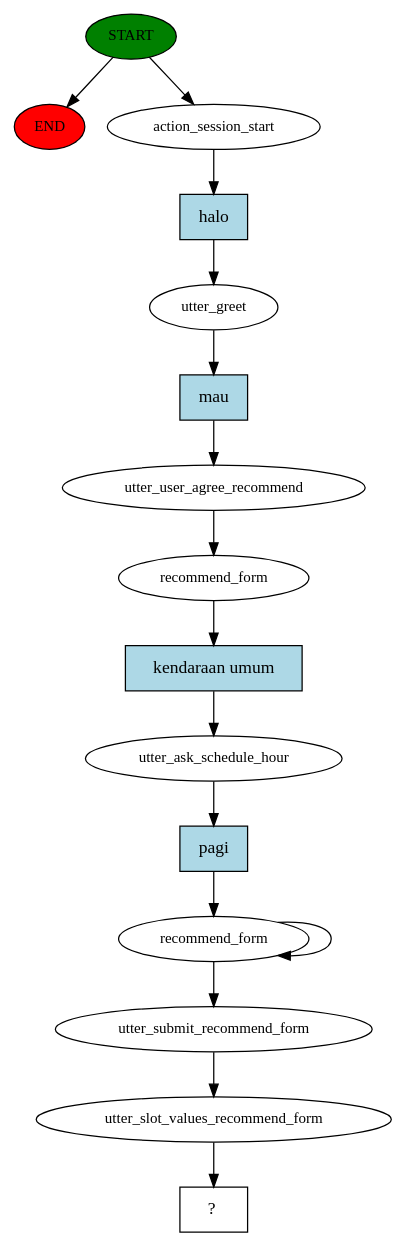
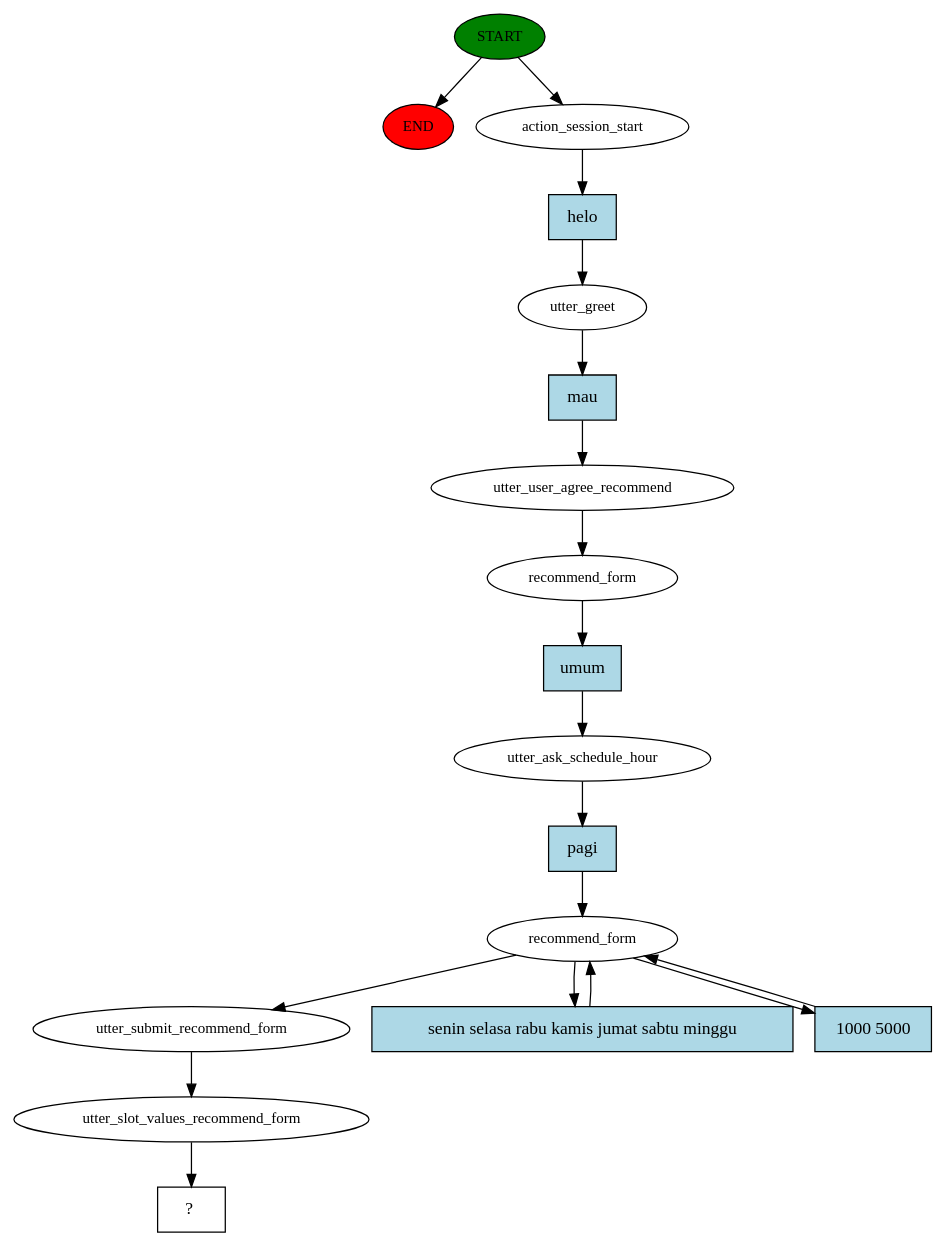
One commit to reykim7124/chatbot_recsys_museum changed the diagram in story_graph.dot. Above: the diagram before and after it, drawn with Graphviz. The commit also changed 15 other files, not shown here.

```diff
--- a/story_graph.dot
+++ b/story_graph.dot
@@ -1,32 +1,37 @@
 digraph  {
 0 [class="start active", fillcolor=green, fontsize=12, label=START, style=filled];
 "-1" [class=end, fillcolor=red, fontsize=12, label=END, style=filled];
 1 [class=active, fontsize=12, label=action_session_start];
 2 [class=active, fontsize=12, label=utter_greet];
 3 [class=active, fontsize=12, label=utter_user_agree_recommend];
 4 [class=active, fontsize=12, label=recommend_form];
 5 [class=active, fontsize=12, label=utter_ask_schedule_hour];
 6 [class=active, fontsize=12, label=recommend_form];
-8 [class=active, fontsize=12, label=utter_submit_recommend_form];
-9 [class=active, fontsize=12, label=utter_slot_values_recommend_form];
-10 [class="intent dashed active", label="  ?  ", shape=rect];
-11 [class="intent active", fillcolor=lightblue, label=halo, shape=rect, style=filled];
-12 [class="intent active", fillcolor=lightblue, label=mau, shape=rect, style=filled];
-13 [class="intent active", fillcolor=lightblue, label="kendaraan umum", shape=rect, style=filled];
-14 [class="intent active", fillcolor=lightblue, label=pagi, shape=rect, style=filled];
+9 [class=active, fontsize=12, label=utter_submit_recommend_form];
+10 [class=active, fontsize=12, label=utter_slot_values_recommend_form];
+11 [class="intent dashed active", label="  ?  ", shape=rect];
+12 [class="intent active", fillcolor=lightblue, label=helo, shape=rect, style=filled];
+13 [class="intent active", fillcolor=lightblue, label=mau, shape=rect, style=filled];
+14 [class="intent active", fillcolor=lightblue, label=umum, shape=rect, style=filled];
+15 [class="intent active", fillcolor=lightblue, label=pagi, shape=rect, style=filled];
+16 [class="intent active", fillcolor=lightblue, label="senin selasa rabu kamis jumat sabtu minggu", shape=rect, style=filled];
+17 [class="intent active", fillcolor=lightblue, label="1000 5000", shape=rect, style=filled];
 0 -> "-1"  [class="", key=NONE, label=""];
 0 -> 1  [class=active, key=NONE, label=""];
-1 -> 11  [class=active, key=0];
-2 -> 12  [class=active, key=0];
+1 -> 12  [class=active, key=0];
+2 -> 13  [class=active, key=0];
 3 -> 4  [class=active, key=NONE, label=""];
-4 -> 13  [class=active, key=0];
-5 -> 14  [class=active, key=0];
-6 -> 8  [class=active, key=NONE, label=""];
-6 -> 6  [class=active, key=NONE, label=""];
-8 -> 9  [class=active, key=NONE, label=""];
+4 -> 14  [class=active, key=0];
+5 -> 15  [class=active, key=0];
+6 -> 9  [class=active, key=NONE, label=""];
+6 -> 16  [class=active, key=0];
+6 -> 17  [class=active, key=0];
 9 -> 10  [class=active, key=NONE, label=""];
-11 -> 2  [class=active, key=0];
-12 -> 3  [class=active, key=0];
-13 -> 5  [class=active, key=0];
-14 -> 6  [class=active, key=0];
+10 -> 11  [class=active, key=NONE, label=""];
+12 -> 2  [class=active, key=0];
+13 -> 3  [class=active, key=0];
+14 -> 5  [class=active, key=0];
+15 -> 6  [class=active, key=0];
+16 -> 6  [class=active, key=0];
+17 -> 6  [class=active, key=0];
 }
```
